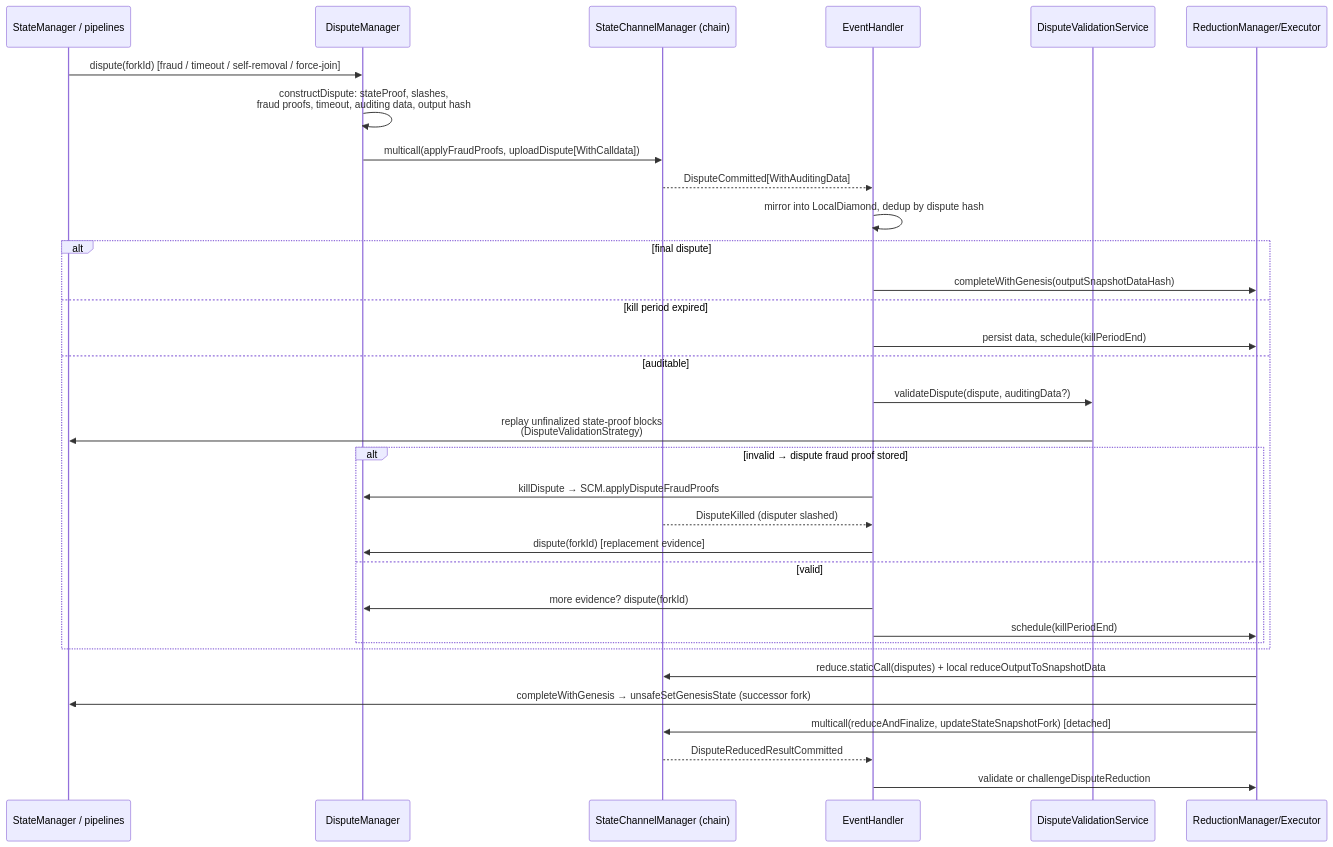
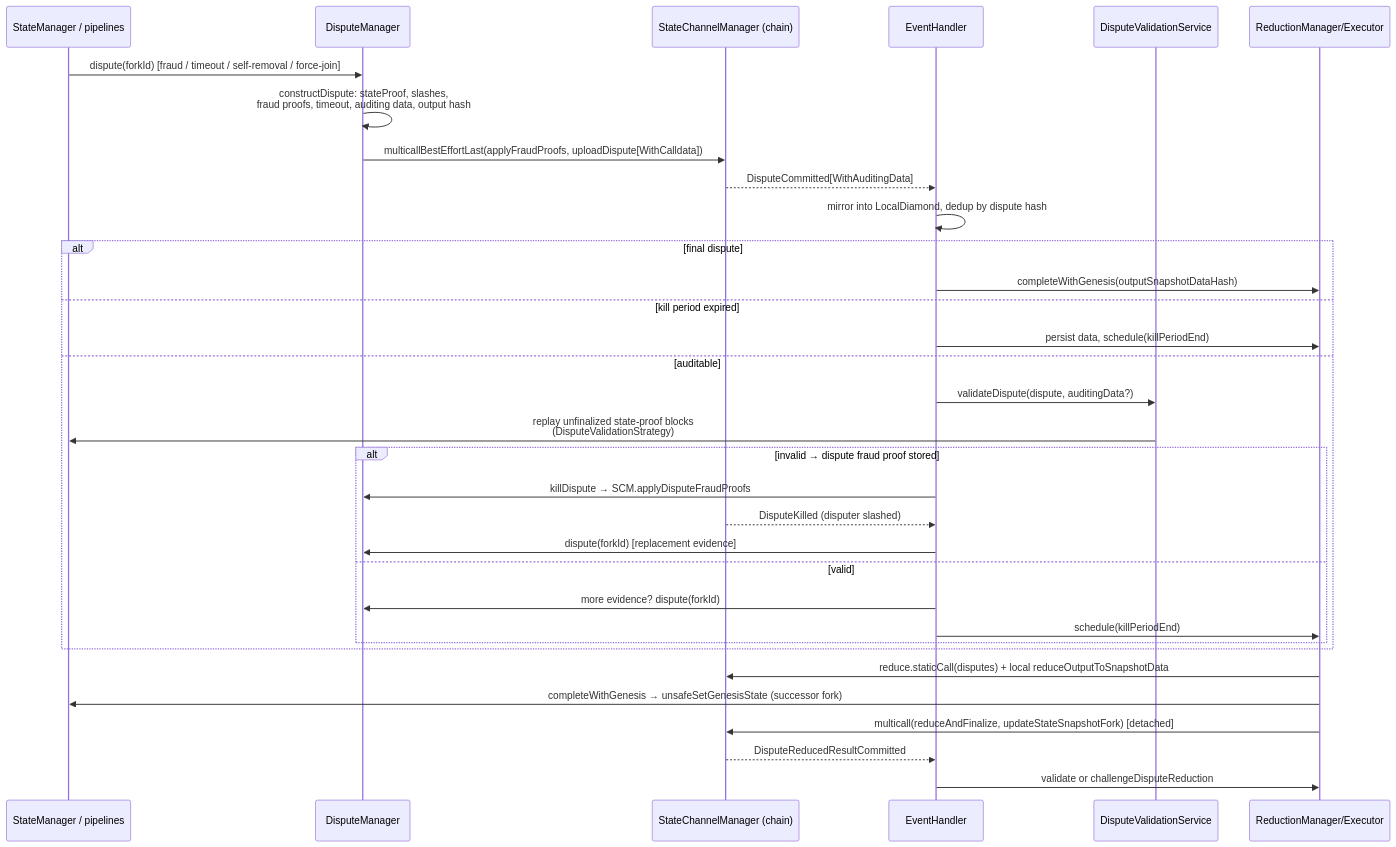
The diagram in docs/spec/implementation/views/architecture/sdk/dispute-pipeline.md (peer3to/state-channels-plus), drawn with Mermaid before and after one commit. The commit also changed other lines of this file and 217 other files, not shown here.

````diff
--- a/docs/spec/implementation/views/architecture/sdk/dispute-pipeline.md
+++ b/docs/spec/implementation/views/architecture/sdk/dispute-pipeline.md
@@ -38,36 +40,36 @@
 ```mermaid
 sequenceDiagram
     participant SM as StateManager / pipelines
     participant DM as DisputeManager
     participant SCM as StateChannelManager (chain)
     participant EH as EventHandler
     participant DVSvc as DisputeValidationService
     participant RM as ReductionManager/Executor
 
     SM->>DM: dispute(forkId) [fraud / timeout / self-removal / force-join]
     DM->>DM: constructDispute: stateProof, slashes,<br/>fraud proofs, timeout, auditing data, output hash
-    DM->>SCM: multicall(applyFraudProofs, uploadDispute[WithCalldata])
+    DM->>SCM: multicallBestEffortLast(applyFraudProofs, uploadDispute[WithCalldata])
     SCM-->>EH: DisputeCommitted[WithAuditingData]
     EH->>EH: mirror into LocalDiamond, dedup by dispute hash
     alt final dispute
         EH->>RM: completeWithGenesis(outputSnapshotDataHash)
     else kill period expired
         EH->>RM: persist data, schedule(killPeriodEnd)
     else auditable
         EH->>DVSvc: validateDispute(dispute, auditingData?)
         DVSvc->>SM: replay unfinalized state-proof blocks<br/>(DisputeValidationStrategy)
         alt invalid → dispute fraud proof stored
             EH->>DM: killDispute → SCM.applyDisputeFraudProofs
             SCM-->>EH: DisputeKilled (disputer slashed)
             EH->>DM: dispute(forkId) [replacement evidence]
         else valid
             EH->>DM: more evidence? dispute(forkId)
             EH->>RM: schedule(killPeriodEnd)
         end
     end
     RM->>SCM: reduce.staticCall(disputes) + local reduceOutputToSnapshotData
     RM->>SM: completeWithGenesis → unsafeSetGenesisState (successor fork)
     RM->>SCM: multicall(reduceAndFinalize, updateStateSnapshotFork) [detached]
     SCM-->>EH: DisputeReducedResultCommitted
     EH->>RM: validate or challengeDisputeReduction
 ```
````
